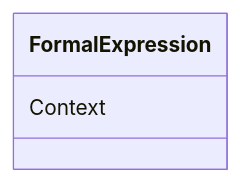
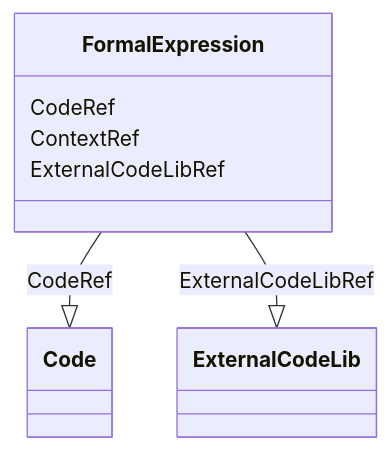
Before and after one commit to cdisc-org/DataExchange-ODM-LinkML: the diagram in docs/FormalExpression.md, drawn with Mermaid. The commit also changed other lines of this file and 398 other files, not shown here.

Commit message:
refreshing for latest updates to schema

````diff
--- a/docs/FormalExpression.md
+++ b/docs/FormalExpression.md
@@ -9,7 +9,15 @@
 ```mermaid
  classDiagram
     class FormalExpression
-      FormalExpression : Context
+      FormalExpression : CodeRef
+        
+          FormalExpression --|> Code : CodeRef
+        
+      FormalExpression : ContextRef
+        
+      FormalExpression : ExternalCodeLibRef
+        
+          FormalExpression --|> ExternalCodeLib : ExternalCodeLibRef
         
       
 ```
````
